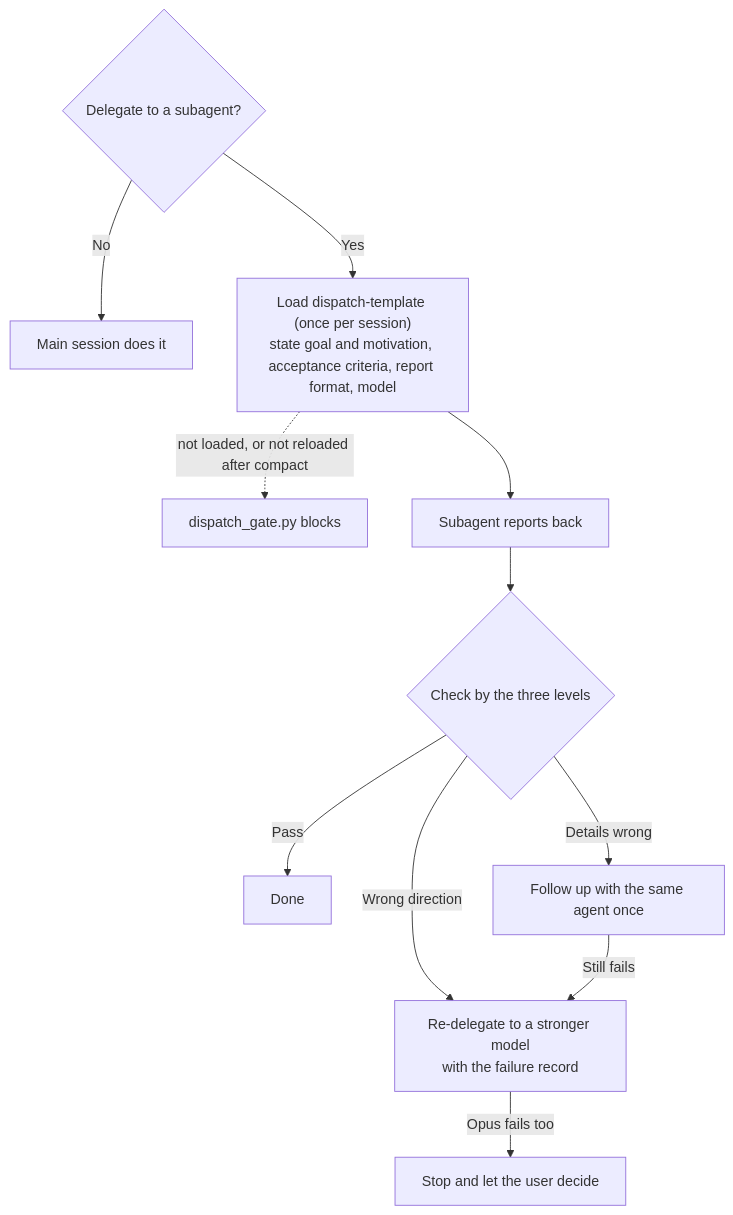
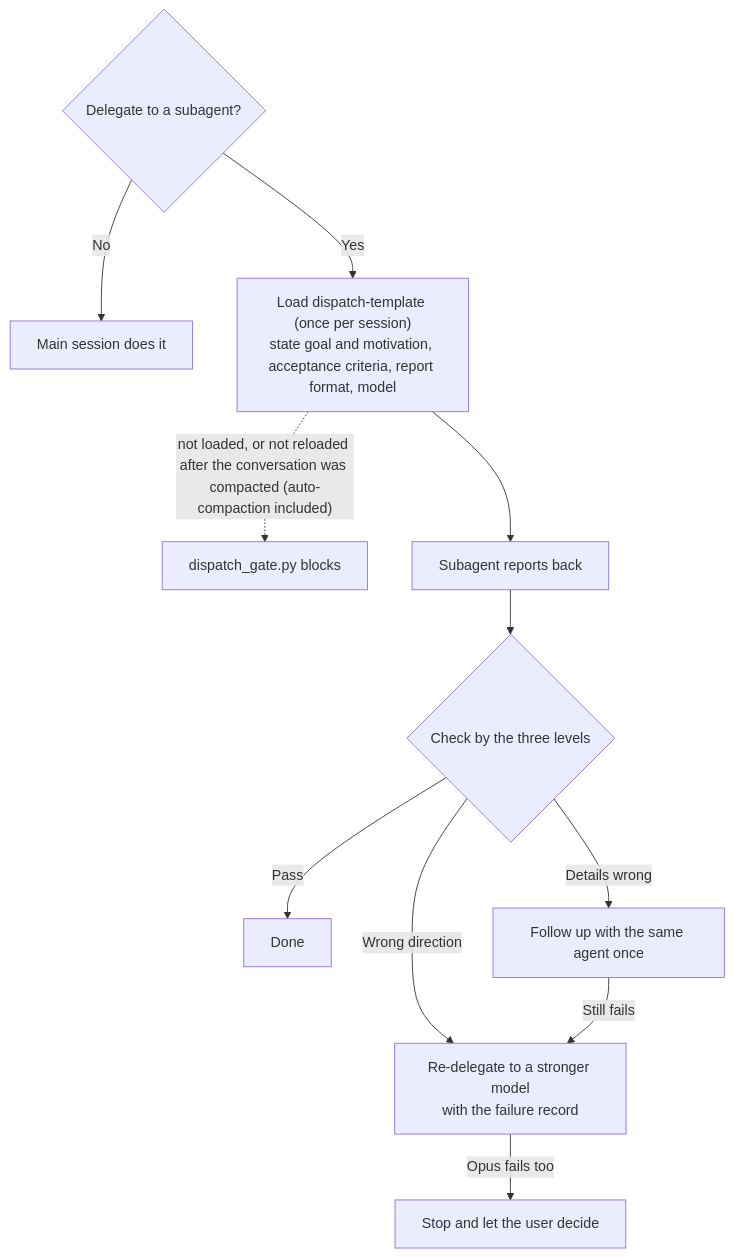
The diagram in README.en.md (wayhong0928/claude-workflow-template), drawn with Mermaid before and after one commit. The commit also changed other lines of this file and 12 other files, not shown here.

Commit message:
文件與網站：CHANGELOG 1.0.0、docs/conventions.md、圖 5／6／8 寬窄兩版與 diagram.css；README、how-it-works、index.html 依驗收修 TODO 資料流說法、句中冒號與粗體

````diff
--- a/README.en.md
+++ b/README.en.md
@@ -141,13 +152,13 @@
 ```mermaid
 flowchart TD
   A{"Delegate to a subagent?"} -- "No" --> Z["Main session does it"]
   A -- "Yes" --> B["Load dispatch-template (once per session)<br/>state goal and motivation, acceptance criteria, report format, model"]
-  B -. "not loaded, or not reloaded after compact" .-> G["dispatch_gate.py blocks"]
+  B -. "not loaded, or not reloaded after the conversation was compacted (auto-compaction included)" .-> G["dispatch_gate.py blocks"]
   B --> C["Subagent reports back"]
   C --> D{"Check by the three levels"}
   D -- "Pass" --> E["Done"]
   D -- "Details wrong" --> F["Follow up with the same agent once"]
   D -- "Wrong direction" --> U["Re-delegate to a stronger model<br/>with the failure record"]
   F -- "Still fails" --> U
   U -- "Opus fails too" --> X["Stop and let the user decide"]
 ```
````
